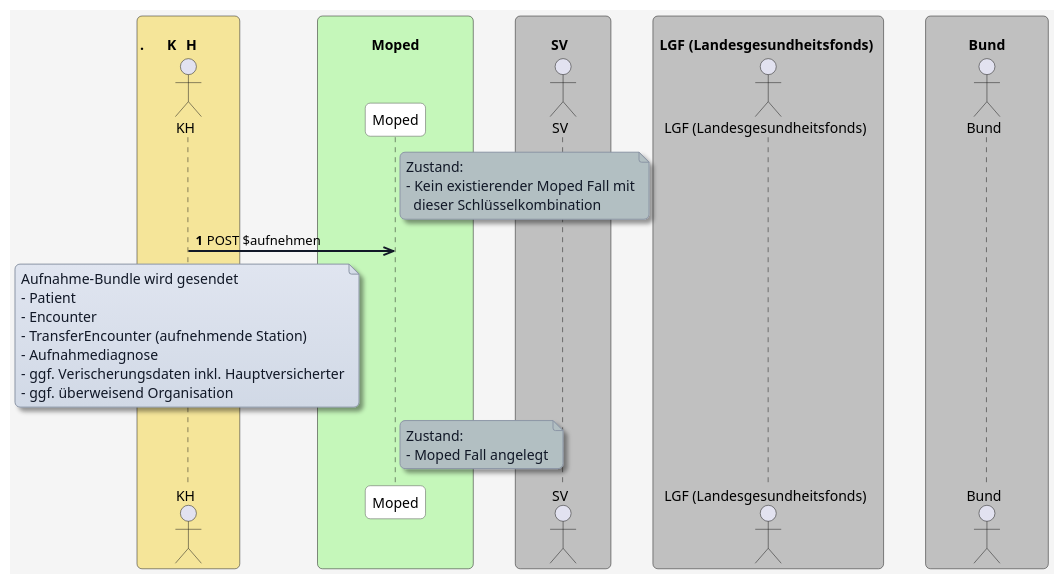
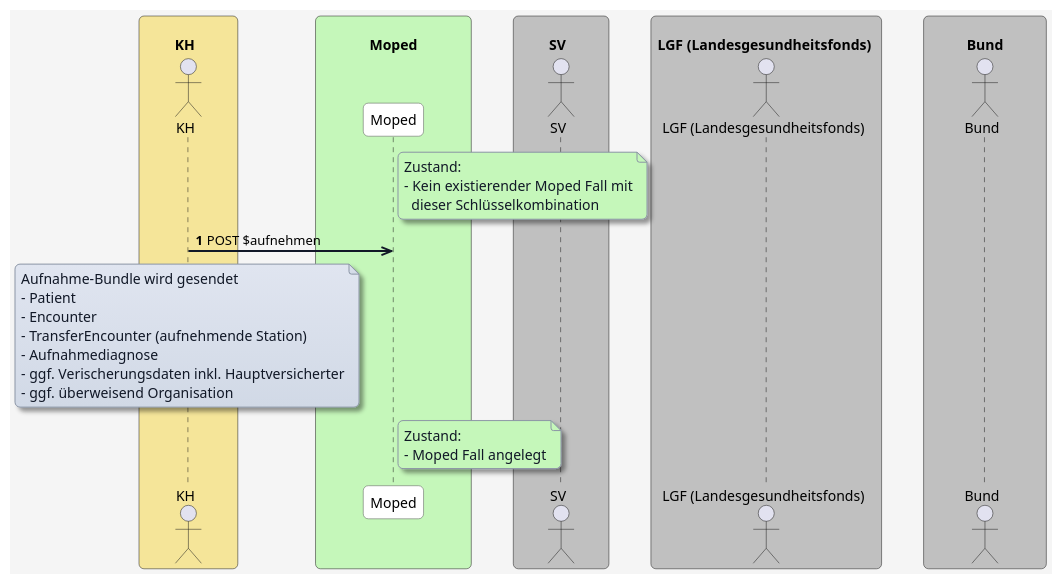
One commit to HL7Austria/ELGA-MOPED-R5 changed the diagram in input/images-source/aufnehmen.plantuml. Above: the diagram before and after it, drawn with PlantUML. The commit also changed 8 other files, not shown here.

```diff
--- a/input/images-source/aufnehmen.plantuml
+++ b/input/images-source/aufnehmen.plantuml
@@ -1,86 +1,86 @@
 @startuml
 skinparam borderColor #000000
 skinparam backgroundColor #f5f5f5
 skinparam shadowing false
 skinparam roundCorner 10
 skinparam defaultFontName "Arial"
 skinparam defaultFontSize 14
 skinparam defaultFontColor #000000
 
 skinparam note {
   BackgroundColor #e0e5f0-#d1d9e6
   BorderColor #8b95a5
   BorderThickness 1
   RoundCorner 8
   Padding 6
   FontColor #111827
   Shadowing true
 }
 
 skinparam HyperlinkColor #0000EE
 skinparam HyperlinkUnderline false
 
 skinparam sequence {
   ParticipantBorderColor #555555
   ParticipantBackgroundColor #ffffff
   ParticipantFontColor #000000
   ParticipantFontSize 14
   ParticipantPadding 20
   ArrowColor #111827
   ArrowThickness 2
   ArrowFontColor #000000
   ArrowFontSize 13
   GroupBorderColor #111827
   GroupBackgroundColor #f3f4f6
   GroupBorderThickness 1
 }
 
 skinparam BoxPadding 20
 skinparam BoxBorderColor #555555
 
-box "\n.         KH           " #f5e599
+box "\n         KH           " #f5e599
   actor KH as "KH"
 end box
 
 box "\n              Moped              " #c5f7ba
   participant MP as "Moped"
 end box
 
 box "\n         SV           " #c0c0c0
   actor SV as "SV"
 end box
 
 box "\n LGF (Landesgesundheitsfonds)  " #c0c0c0
   actor LGF as "LGF (Landesgesundheitsfonds)"
 end box
 
 box "\n           Bund           " #c0c0c0
   actor Bund as "Bund"
 end box
 
 autonumber
 
-note right of MP #b2bfc2
+note right of MP #c5f7ba
 Zustand:
 - Kein existierender Moped Fall mit
   dieser Schlüsselkombination
 end note
 
 KH ->> MP: POST $aufnehmen
 
 note over KH
 Aufnahme-Bundle wird gesendet
 - Patient
 - Encounter
 - TransferEncounter (aufnehmende Station)
 - Aufnahmediagnose
 - ggf. Verischerungsdaten inkl. Hauptversicherter
 - ggf. überweisend Organisation
 end note
 
-note right of MP #b2bfc2
+note right of MP #c5f7ba
 Zustand:
 - Moped Fall angelegt
 end note
 
 @enduml
```
